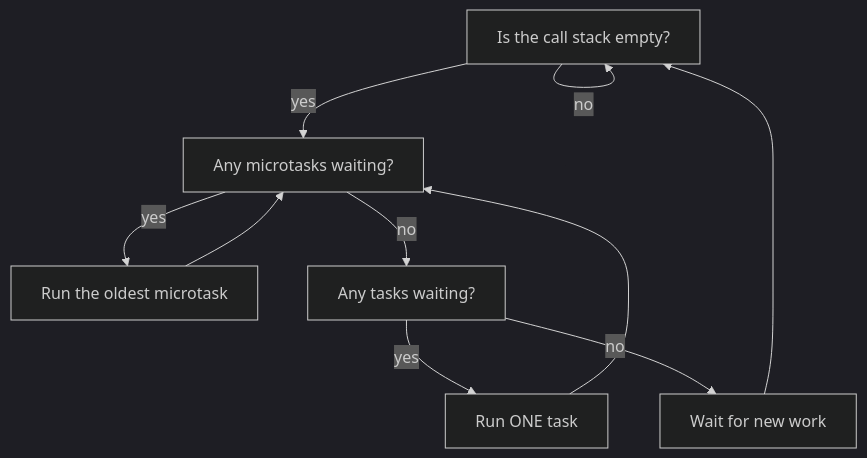
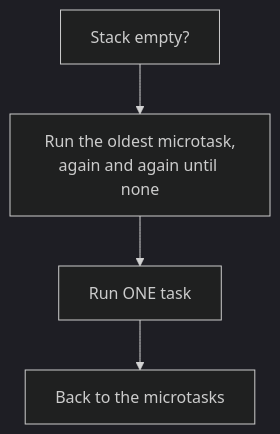
Before and after one commit to starjustice/research-material: the fourth of 4 diagrams in learn/javascript/11-the-event-loop.md, drawn with Mermaid (dark theme). The commit also changed other lines of this file, not shown here.

````diff
--- a/learn/javascript/11-the-event-loop.md
+++ b/learn/javascript/11-the-event-loop.md
@@ -102,12 +125,6 @@
 ```mermaid
 graph TB
-    A["Is the call stack empty?"] -->|no| A
-    A -->|yes| B["Any microtasks waiting?"]
-    B -->|yes| C["Run the oldest microtask"]
-    C --> B
-    B -->|no| D["Any tasks waiting?"]
-    D -->|yes| E["Run ONE task"]
-    E --> B
-    D -->|no| F["Wait for new work"]
-    F --> A
+    A["Stack empty?"] --> B["Run the oldest microtask,<br/>again and again until none"]
+    B --> C["Run ONE task"]
+    C --> D["Back to the microtasks"]
 ```
````
